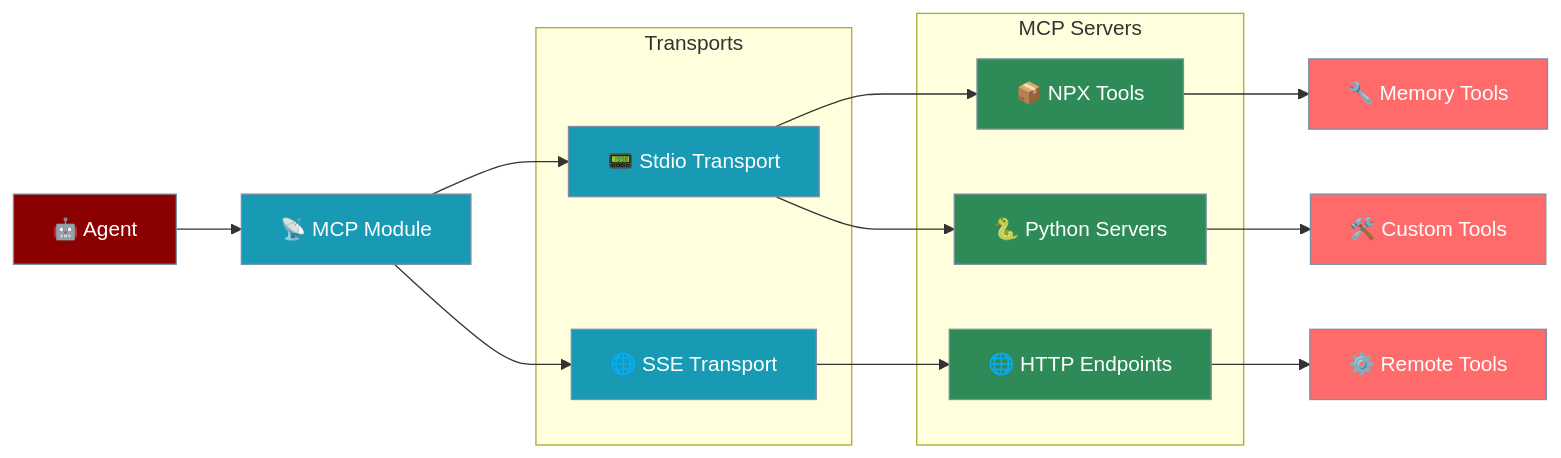
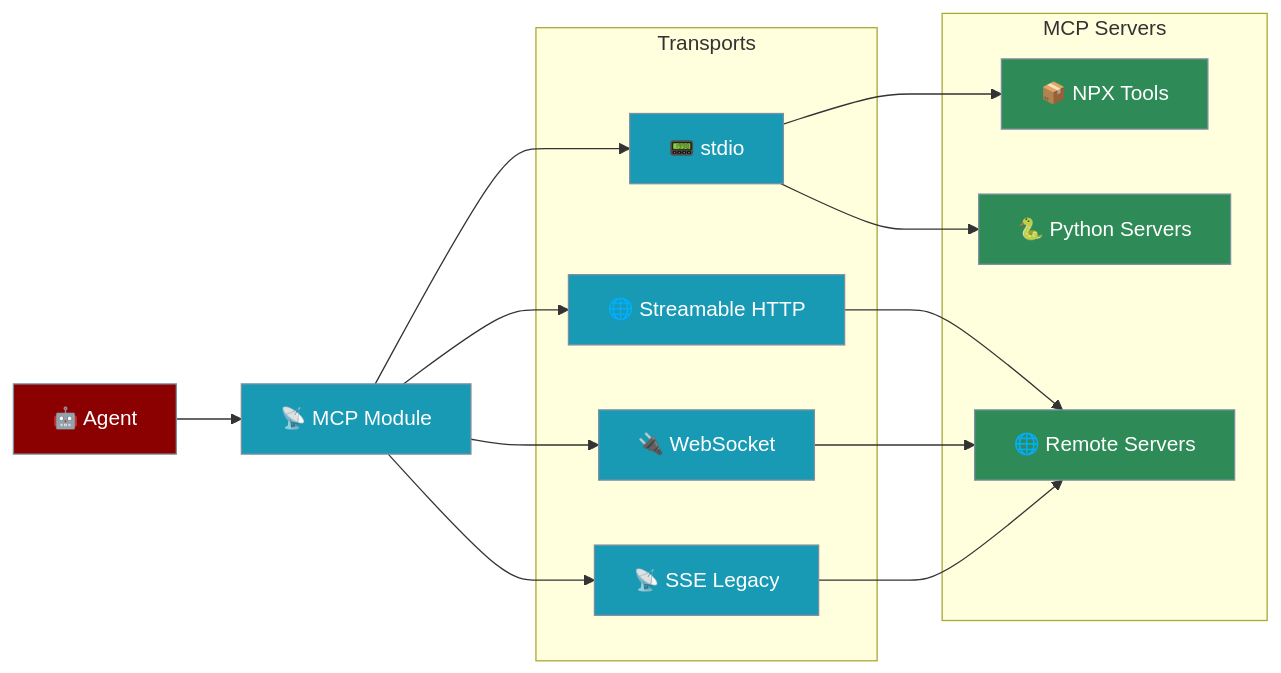
The diagram in docs/mcp/mcp-tools.mdx (MervinPraison/PraisonAIDocs), drawn with Mermaid before and after one commit. The commit also changed other lines of this file and 2 other files, not shown here.

Commit message:
Add MCP transports documentation - WebSocket, Streamable HTTP, session management, resumability, security features (Protocol Revision 2025-11-25)

````diff
--- a/docs/mcp/mcp-tools.mdx
+++ b/docs/mcp/mcp-tools.mdx
@@ -11,36 +13,36 @@
 ```mermaid
 graph LR
     Agent[🤖 Agent] --> MCP[📡 MCP Module]
     
     subgraph Transports
-        STDIO[📟 Stdio Transport]
-        SSE[🌐 SSE Transport]
+        STDIO[📟 stdio]
+        HTTP[🌐 Streamable HTTP]
+        WS[🔌 WebSocket]
+        SSE[📡 SSE Legacy]
     end
     
     subgraph MCP Servers
         NPX[📦 NPX Tools]
         PY[🐍 Python Servers]
-        HTTP[🌐 HTTP Endpoints]
+        REMOTE[🌐 Remote Servers]
     end
     
     MCP --> STDIO
+    MCP --> HTTP
+    MCP --> WS
     MCP --> SSE
     
     STDIO --> NPX
     STDIO --> PY
-    SSE --> HTTP
-    
-    NPX --> Tools1[🔧 Memory Tools]
-    PY --> Tools2[🛠️ Custom Tools]
-    HTTP --> Tools3[⚙️ Remote Tools]
+    HTTP --> REMOTE
+    WS --> REMOTE
+    SSE --> REMOTE
     
     classDef agent fill:#8B0000,stroke:#7C90A0,color:#fff
     classDef transport fill:#189AB4,stroke:#7C90A0,color:#fff
     classDef server fill:#2E8B57,stroke:#7C90A0,color:#fff
-    classDef tools fill:#FF6B6B,stroke:#7C90A0,color:#fff
     
     class Agent agent
-    class MCP,STDIO,SSE transport
-    class NPX,PY,HTTP server
-    class Tools1,Tools2,Tools3 tools
+    class MCP,STDIO,HTTP,WS,SSE transport
+    class NPX,PY,REMOTE server
 ```
````
